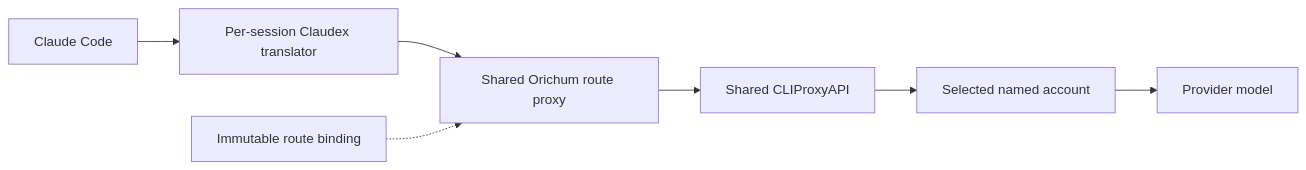
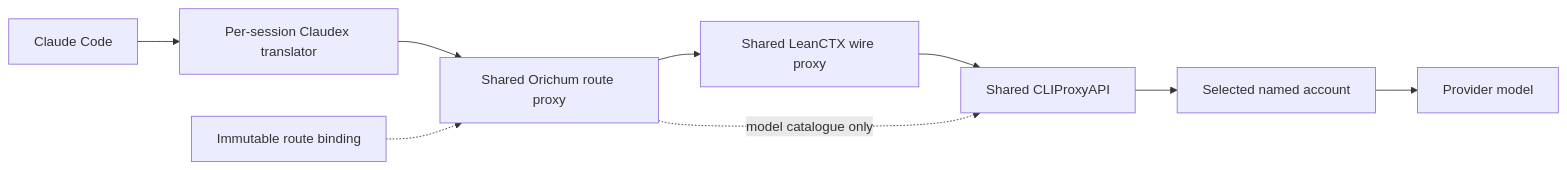
Before and after one commit to orichum/claudex-workflow: the fourth of 4 diagrams in docs/architecture.md, drawn with Mermaid. The commit also changed other lines of this file and 30 other files, not shown here.

Commit message:
Add shared LeanCTX request compression

````diff
--- a/docs/architecture.md
+++ b/docs/architecture.md
@@ -85,9 +85,11 @@
 ```mermaid
 flowchart LR
     CC["Claude Code"] --> X["Per-session Claudex translator"]
     X --> R["Shared Orichum route proxy"]
     B["Immutable route binding"] -.-> R
-    R --> P["Shared CLIProxyAPI"]
+    R --> L["Shared LeanCTX wire proxy"]
+    L --> P["Shared CLIProxyAPI"]
+    R -. "model catalogue only" .-> P
     P --> A["Selected named account"]
     A --> M["Provider model"]
 ```
````
